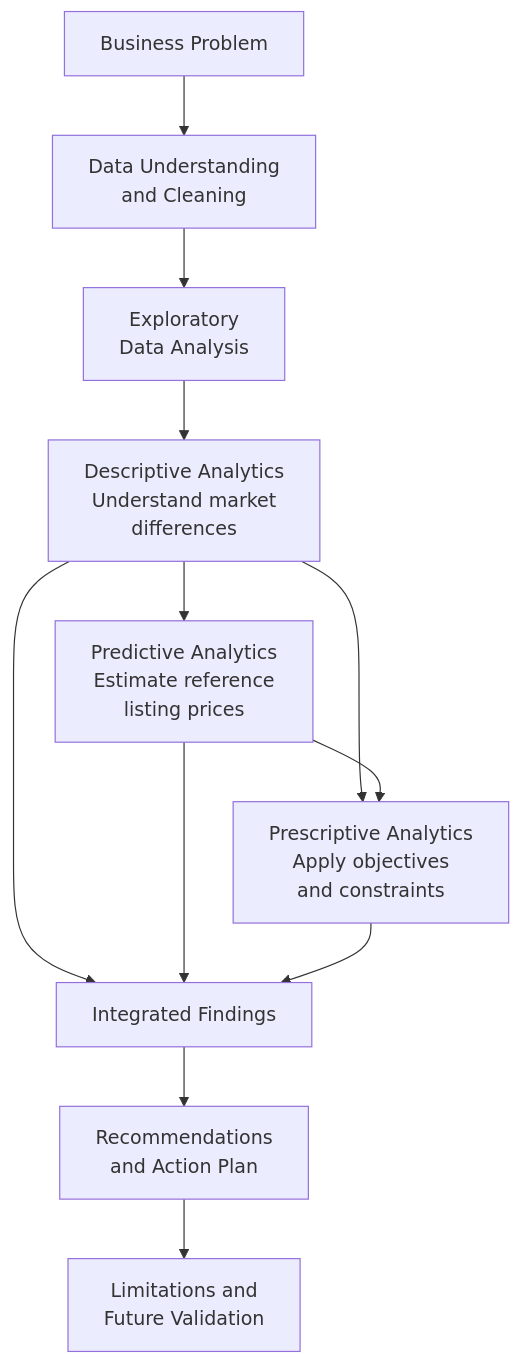
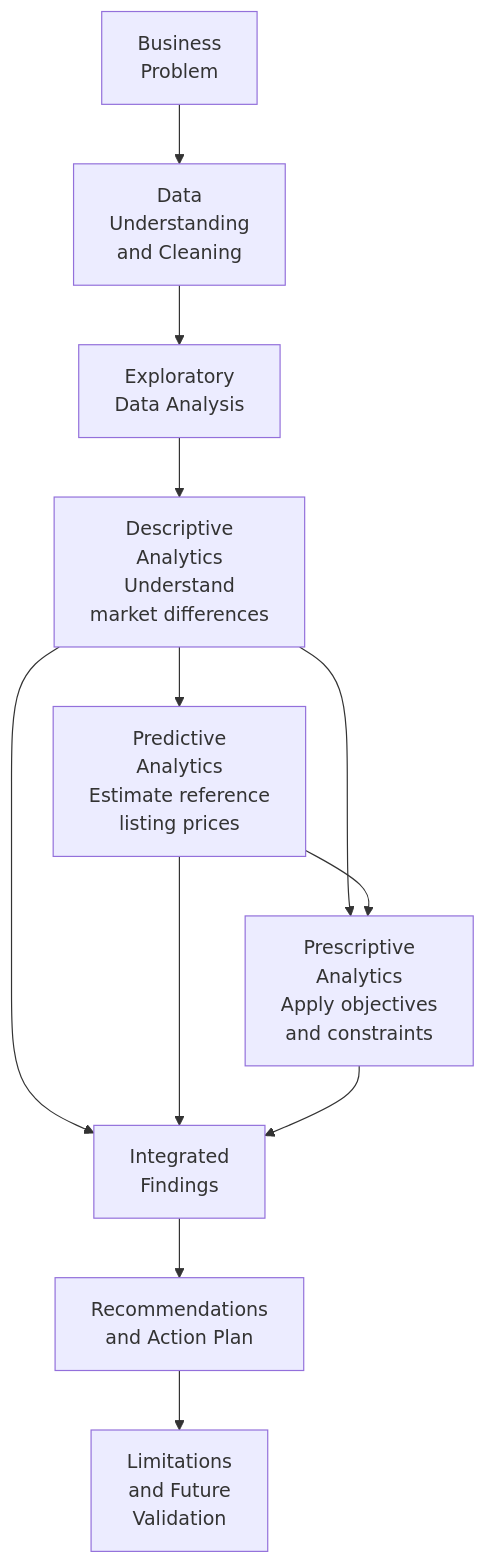
Before and after one commit to Qihang-cpu/CMCE30005-Renascence: the diagram in README.md, drawn with Mermaid. The commit also changed other lines of this file, not shown here.

Commit message:
Update analysis code, figures, models and tables

````diff
--- a/README.md
+++ b/README.md
@@ -320,34 +322,41 @@
 ```mermaid
 flowchart TD
-    A["Business Problem"]
-    B["`Data Understanding
-    and Cleaning`"]
+    A["`Business
+Problem`"]
+    B["`Data
+Understanding
+and Cleaning`"]
     C["`Exploratory
-    Data Analysis`"]
-    D["`Descriptive Analytics
-    Understand market
-    differences`"]
-    E["`Predictive Analytics
-    Estimate reference
-    listing prices`"]
-    F["`Prescriptive Analytics
-    Apply objectives
-    and constraints`"]
-    G["Integrated Findings"]
+Data Analysis`"]
+    D["`Descriptive
+Analytics
+Understand
+market differences`"]
+    E["`Predictive
+Analytics
+Estimate reference
+listing prices`"]
+    F["`Prescriptive
+Analytics
+Apply objectives
+and constraints`"]
+    G["`Integrated
+Findings`"]
     H["`Recommendations
-    and Action Plan`"]
-    I["`Limitations and
-    Future Validation`"]
+and Action Plan`"]
+    I["`Limitations
+and Future
+Validation`"]
 
     A --> B
     B --> C
     C --> D
     D --> E
     D --> F
     E --> F
     D --> G
     E --> G
     F --> G
     G --> H
     H --> I
 ```
````
